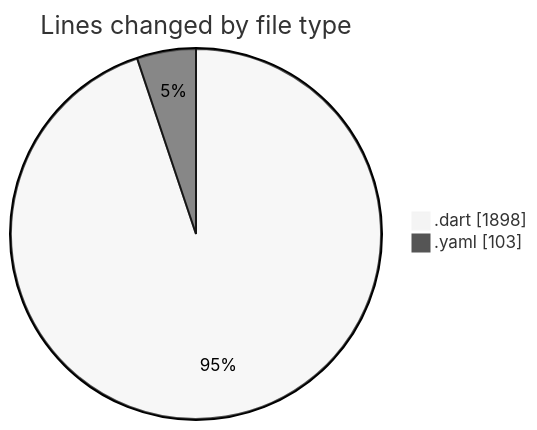
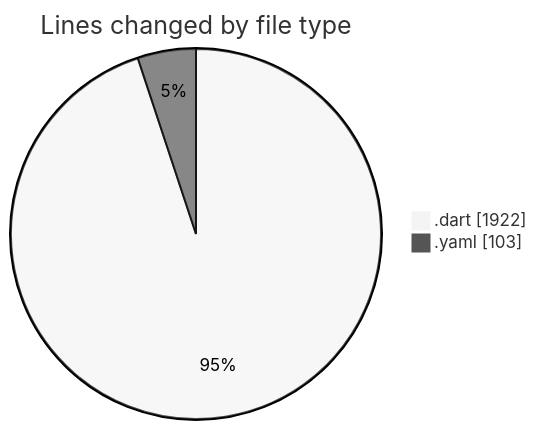
The first of 2 diagrams in 2025-02-25/trackers_app/README.md (donsfak/code-tracking), drawn with Mermaid (neutral theme) before and after one commit. The commit also changed other lines of this file and 1 other file, not shown here.

````diff
--- a/2025-02-25/trackers_app/README.md
+++ b/2025-02-25/trackers_app/README.md
@@ -31,6 +31,6 @@
 ```mermaid
 pie showData
 title Lines changed by file type
-".dart" : 1898
+".dart" : 1922
 ".yaml" : 103
 ```
````
